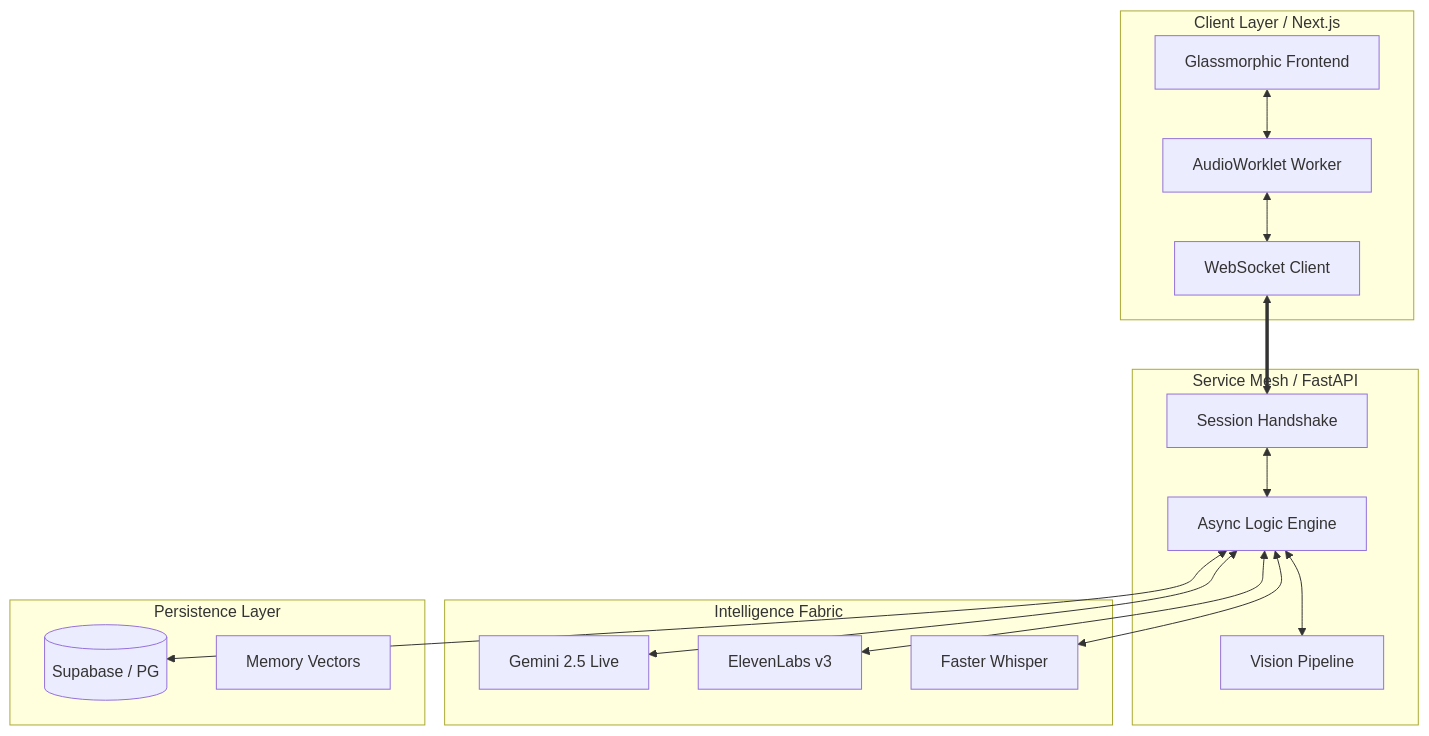
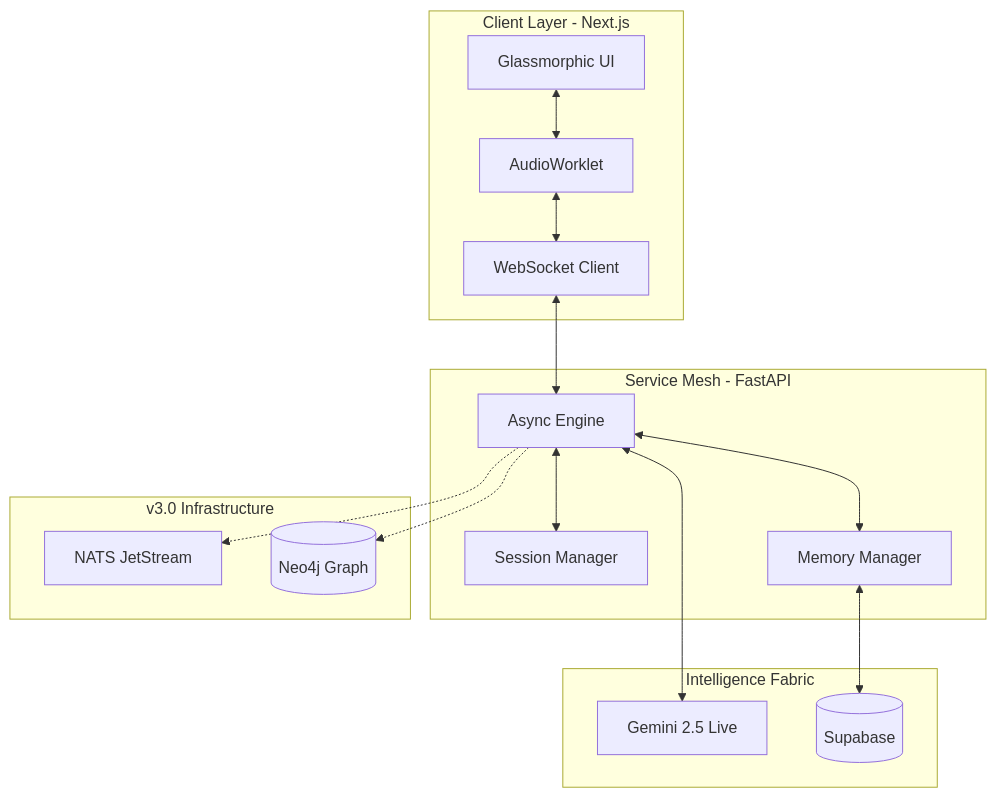
The diagram in README.md (Aniket-a14/AI_friend), drawn with Mermaid before and after one commit. The commit also changed other lines of this file and 11 other files, not shown here.

Commit message:
feat: Introduce v3.0 cognitive mesh architecture with micro-agents, graph RAG, and NATS event bus, alongside comprehensive architectural documentation and infrastructure setup.

````diff
--- a/README.md
+++ b/README.md
@@ -32,35 +135,34 @@
 ```mermaid
 graph TB
-    subgraph Client_Layer [Client Layer / Next.js]
-        UI[Glassmorphic Frontend]
-        AW[AudioWorklet Worker]
-        WS_C[WebSocket Client]
+    subgraph Client [Client Layer - Next.js]
+        UI[Glassmorphic UI]
+        AW[AudioWorklet]
+        WS[WebSocket Client]
     end
-
-    subgraph Service_Mesh [Service Mesh / FastAPI]
-        AL[Async Logic Engine]
-        EH[Session Handshake]
-        VP[Vision Pipeline]
+    
+    subgraph Backend [Service Mesh - FastAPI]
+        API[Async Engine]
+        Session[Session Manager]
+        Memory[Memory Manager]
     end
-
-    subgraph Intelligence_Fabric [Intelligence Fabric]
-        GL[Gemini 2.5 Live]
-        EL[ElevenLabs v3]
-        FW[Faster Whisper]
+    
+    subgraph Intelligence [Intelligence Fabric]
+        Gemini[Gemini 2.5 Live]
+        DB[(Supabase)]
     end
-
-    subgraph Persistence_Layer [Persistence Layer]
-        DB[(Supabase / PG)]
-        RAG[Memory Vectors]
+    
+    subgraph V3 [v3.0 Infrastructure]
+        NATS[NATS JetStream]
+        Neo4j[(Neo4j Graph)]
     end
-
+    
     UI <--> AW
-    AW <--> WS_C
-    WS_C <==> EH
-    EH <--> AL
-    AL <--> VP
-    AL <--> GL
-    AL <--> EL
-    AL <--> FW
-    AL <--> DB
+    AW <--> WS
+    WS <--> API
+    API <--> Session
+    API <--> Memory
+    API <--> Gemini
+    Memory <--> DB
+    API -.-> NATS
+    API -.-> Neo4j
 ```
````
